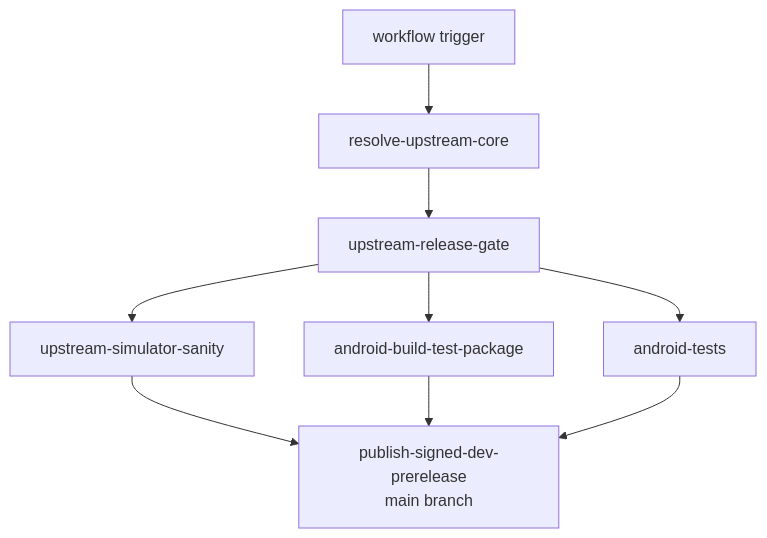
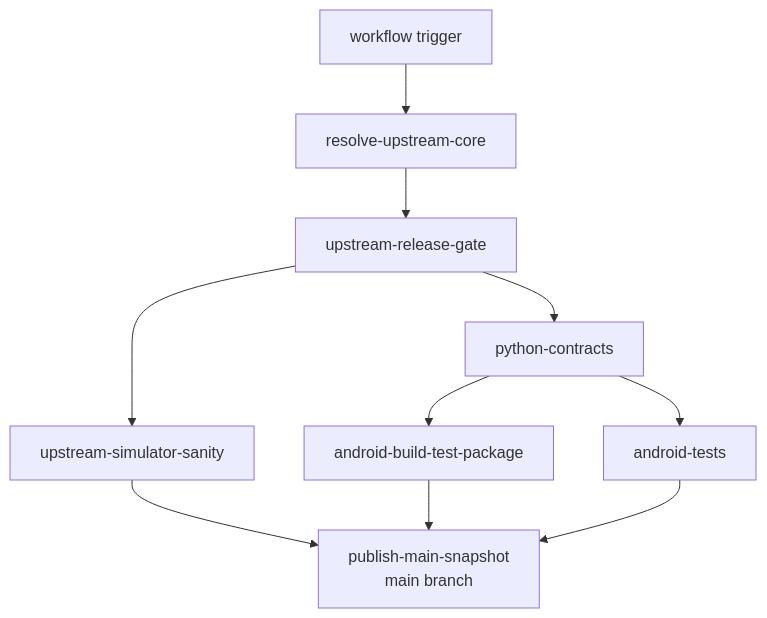
The first of 2 diagrams in android/docs/dev/70-ci-and-release-workflow.md (ppigazzini/r47zen), drawn with Mermaid before and after one commit. The commit also changed other lines of this file and 6 other files, not shown here.

````diff
--- a/android/docs/dev/70-ci-and-release-workflow.md
+++ b/android/docs/dev/70-ci-and-release-workflow.md
@@ -18,18 +18,20 @@
 ```mermaid
 flowchart TD
   A[workflow trigger]
   B[resolve-upstream-core]
   C[upstream-release-gate]
   D[upstream-simulator-sanity]
-  E[android-build-test-package]
-  F[android-tests]
-  G[publish-signed-dev-prerelease<br/>main branch]
+  E[python-contracts]
+  F[android-build-test-package]
+  G[android-tests]
+  H[publish-main-snapshot<br/>main branch]
 
   A --> B --> C
   C --> D
   C --> E
-  C --> F
-  D --> G
+  E --> F
   E --> G
-  F --> G
+  D --> H
+  F --> H
+  G --> H
 ```
````
